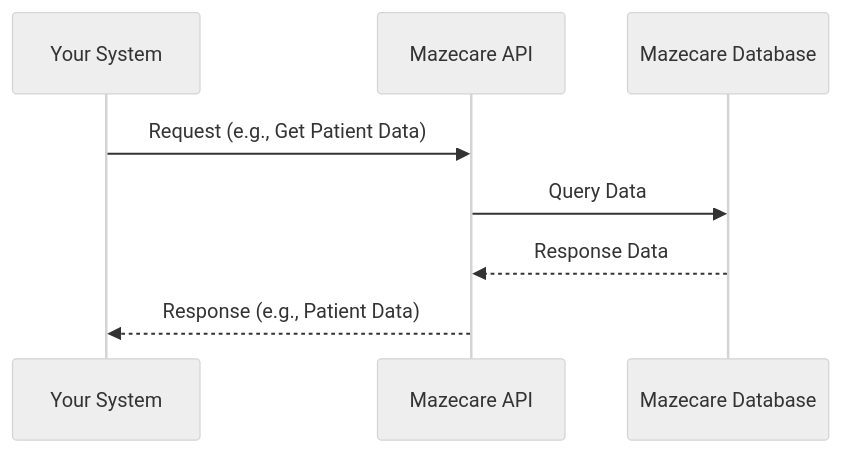
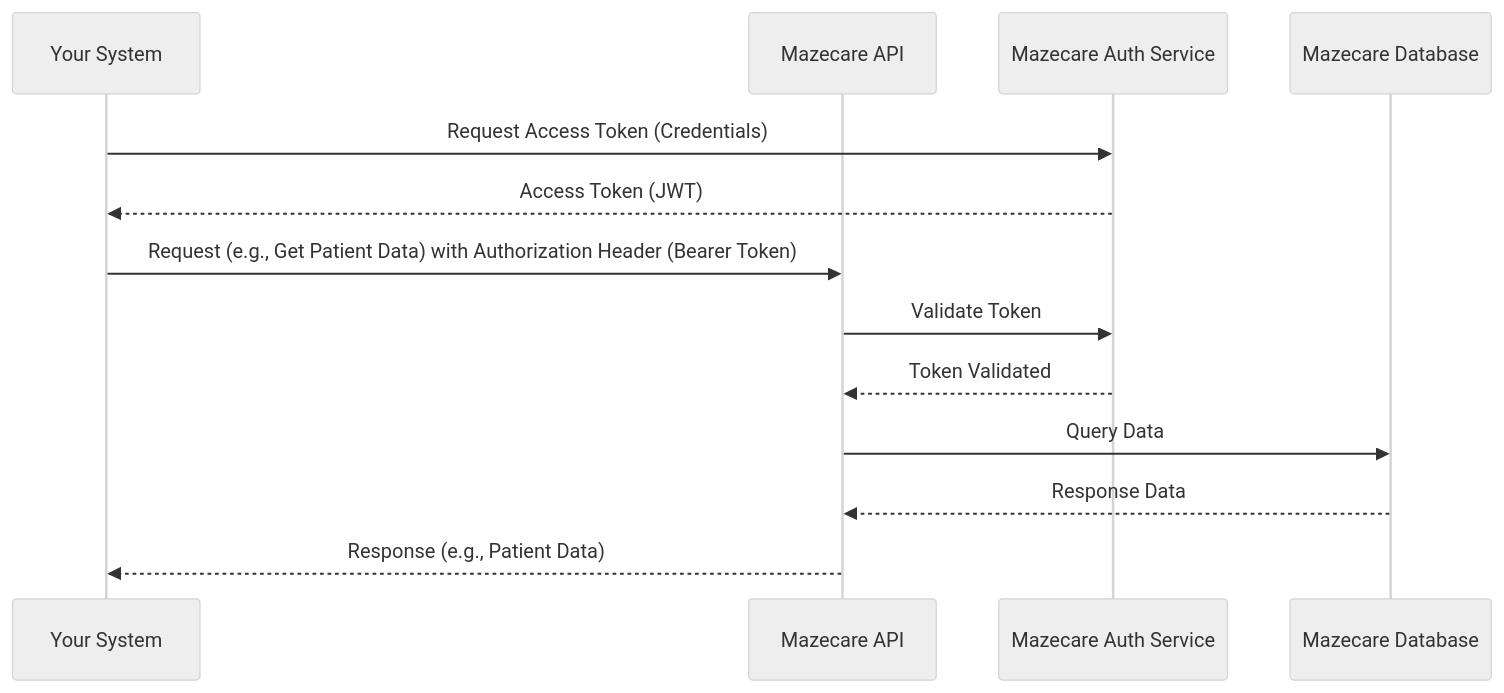
One commit to mazecare/.github changed the second of 2 diagrams in INTEGRATION.md. Above: the diagram before and after it, drawn with Mermaid (neutral theme). The commit also changed other lines of this file, not shown here.

````diff
--- a/INTEGRATION.md
+++ b/INTEGRATION.md
@@ -109,11 +113,17 @@
 ```mermaid
 sequenceDiagram
     participant Your System
     participant Mazecare API
+    participant Mazecare Auth Service
     participant Mazecare Database
 
-    Your System->>Mazecare API: Request (e.g., Get Patient Data)
+    Your System->>Mazecare Auth Service: Request Access Token (Credentials)
+    Mazecare Auth Service-->>Your System: Access Token (JWT)
+
+    Your System->>Mazecare API: Request (e.g., Get Patient Data) with Authorization Header (Bearer Token)
+    Mazecare API->>Mazecare Auth Service: Validate Token
+    Mazecare Auth Service-->>Mazecare API: Token Validated
     Mazecare API->>Mazecare Database: Query Data
     Mazecare Database-->>Mazecare API: Response Data
     Mazecare API-->>Your System: Response (e.g., Patient Data)
 ```
````
